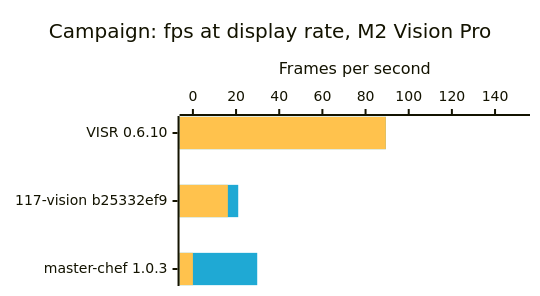
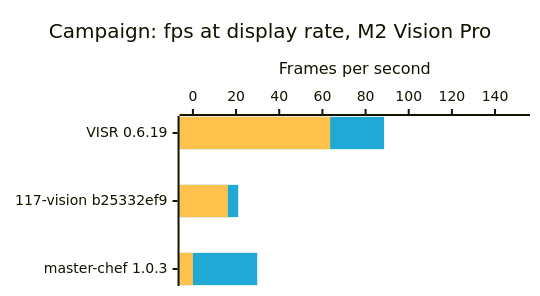
Before and after one commit to VISR-CE/visr: the eighth of 8 diagrams in docs/benchmarks.md, drawn with Mermaid. The commit also changed other lines of this file and 3 other files, not shown here.

````diff
--- a/docs/benchmarks.md
+++ b/docs/benchmarks.md
@@ -228,17 +228,17 @@
 ```mermaid
 ---
 config:
   xyChart:
     width: 520
     height: 276
   themeVariables:
     xyChart:
       plotColorPalette: "#1fa9d4, #ffc24d"
 ---
 xychart-beta horizontal
     title "Campaign: fps at display rate, M2 Vision Pro"
-    x-axis "" ["VISR 0.6.10", "117-vision b25332ef9", "master-chef 1.0.3"]
+    x-axis "" ["VISR 0.6.19", "117-vision b25332ef9", "master-chef 1.0.3"]
     y-axis "Frames per second" 0 --> 150
-    bar [89.4, 21, 29.8]
-    bar [89.4, 16.2, 0]
+    bar [88.6, 21, 29.8]
+    bar [63.6, 16.2, 0]
 ```
````
